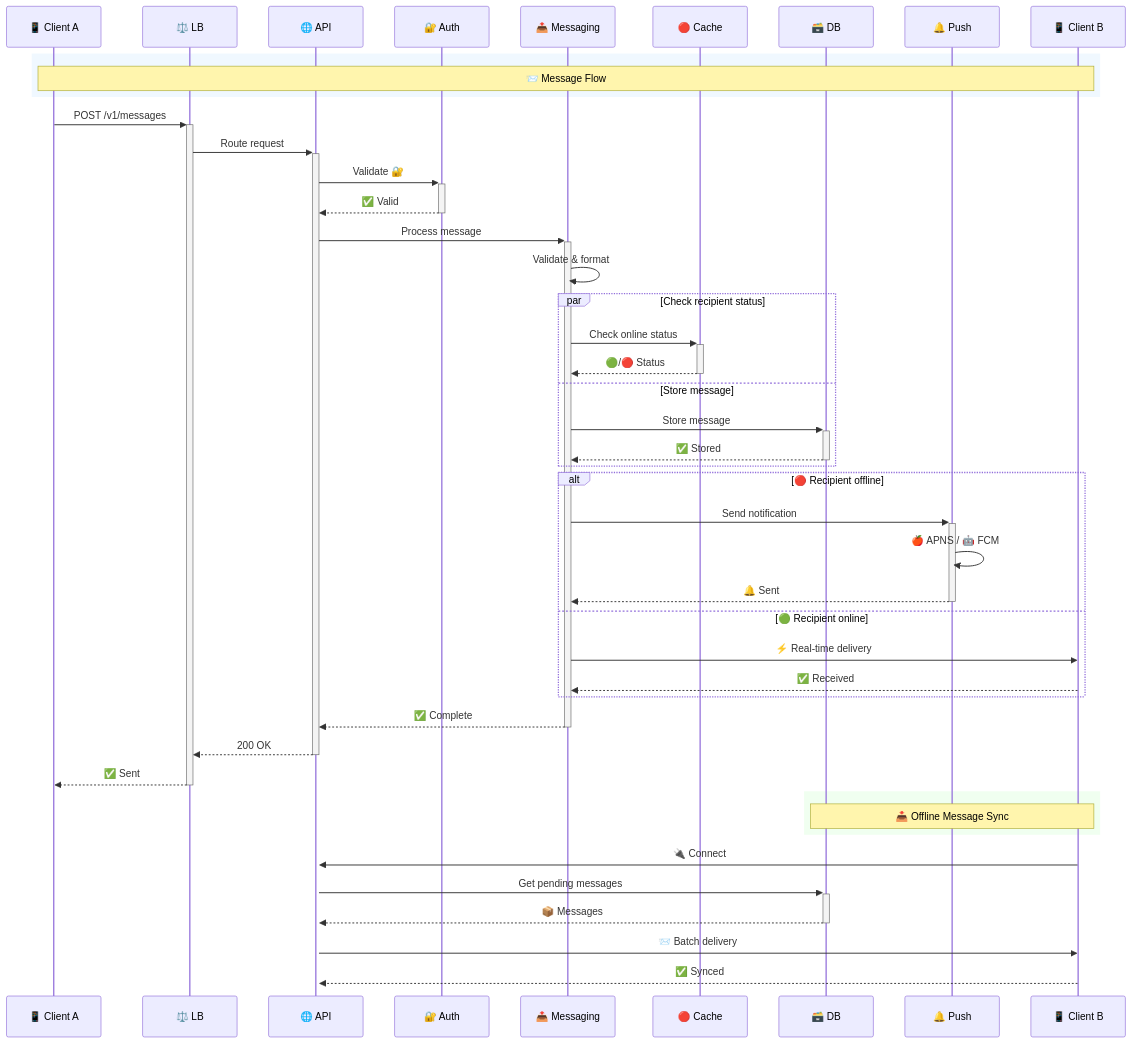
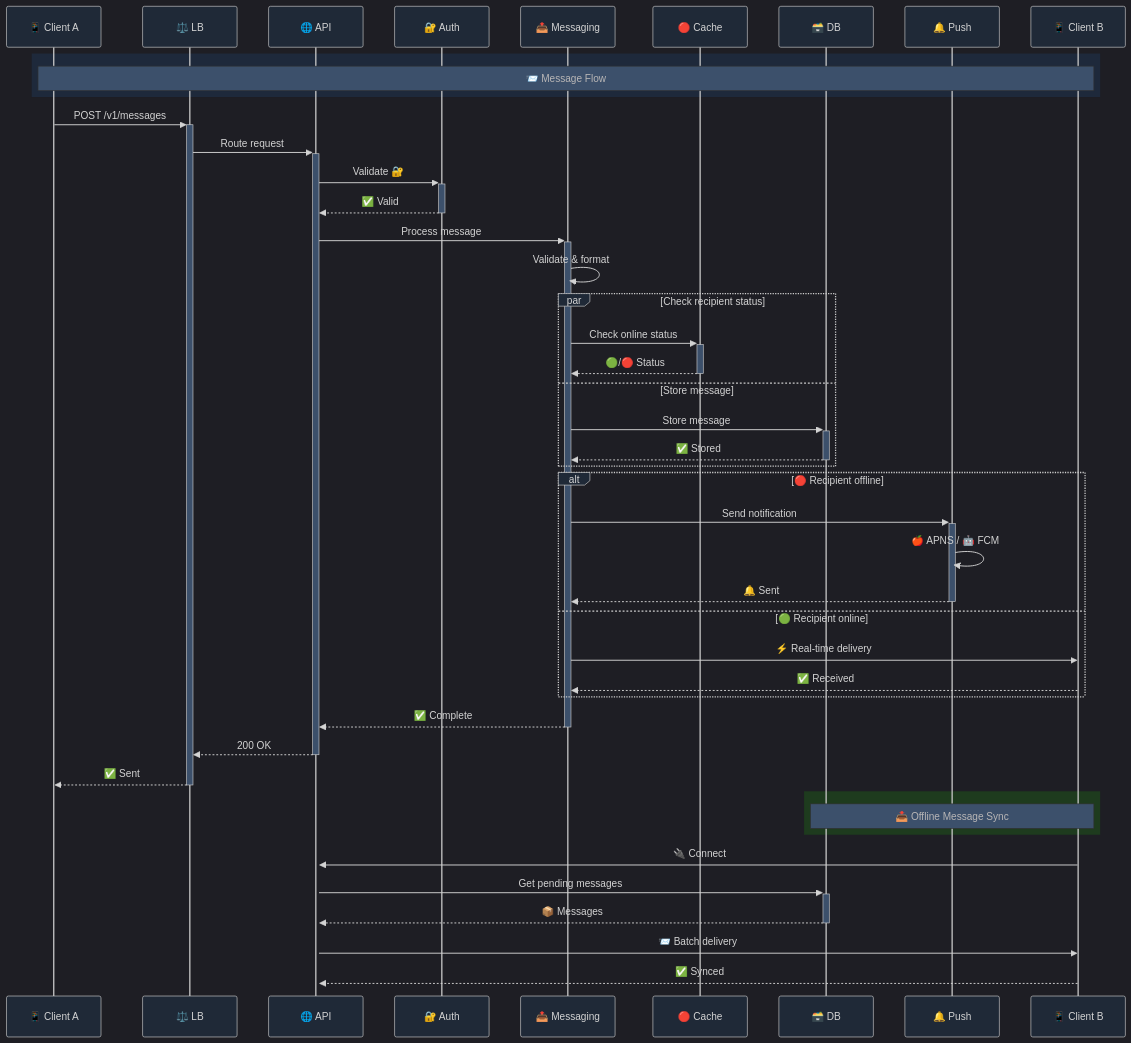
Before and after one commit to LilConsul/SE-SignalServer-Analyzation: the diagram in SystemDynamicsDiagrams/1/1_mini.mmd, drawn with Mermaid. The commit also changed 1 other file, not shown here.

Commit message:
Update sequence diagrams with new color themes for message flow and offline message sync

```diff
--- a/SystemDynamicsDiagrams/1/1_mini.mmd
+++ b/SystemDynamicsDiagrams/1/1_mini.mmd
@@ -1,53 +1,68 @@
+%%{init: {
+  'theme': 'dark',
+  'themeVariables': {
+    'primaryColor': '#1f2937',
+    'primaryTextColor': '#f9fafb',
+    'primaryBorderColor': '#374151',
+    'lineColor': '#6b7280',
+    'secondaryColor': '#374151',
+    'tertiaryColor': '#4b5563',
+    'background': '#111827',
+    'mainBkg': '#1f2937',
+    'secondBkg': '#374151',
+    'tertiaryBkg': '#4b5563'
+  }
+}}%%
 sequenceDiagram
     participant C1 as 📱 Client A
     participant LB as ⚖️ LB
     participant API as 🌐 API
     participant AUTH as 🔐 Auth
     participant MSG as 📤 Messaging
     participant CACHE as 🔴 Cache
     participant DB as 🗃️ DB
     participant PUSH as 🔔 Push
     participant C2 as 📱 Client B
 
-    rect rgb(240, 248, 255)
+    rect rgb(30, 41, 59)
         Note over C1,C2: 📨 Message Flow
     end
 
     C1->>+LB: POST /v1/messages
     LB->>+API: Route request
     API->>+AUTH: Validate 🔐
     AUTH-->>-API: ✅ Valid
 
     API->>+MSG: Process message
     MSG->>MSG: Validate & format
 
     par Check recipient status
         MSG->>+CACHE: Check online status
         CACHE-->>-MSG: 🟢/🔴 Status
     and Store message
         MSG->>+DB: Store message
         DB-->>-MSG: ✅ Stored
     end
 
     alt 🔴 Recipient offline
         MSG->>+PUSH: Send notification
         PUSH->>PUSH: 🍎 APNS / 🤖 FCM
         PUSH-->>-MSG: 🔔 Sent
     else 🟢 Recipient online
         MSG->>C2: ⚡ Real-time delivery
         C2-->>MSG: ✅ Received
     end
 
     MSG-->>-API: ✅ Complete
     API-->>-LB: 200 OK
     LB-->>-C1: ✅ Sent
 
-    rect rgb(240, 255, 240)
+    rect rgb(30, 59, 30)
         Note over C2,DB: 📥 Offline Message Sync
     end
 
     C2->>+API: 🔌 Connect
     API->>+DB: Get pending messages
     DB-->>-API: 📦 Messages
     API->>C2: 📨 Batch delivery
     C2-->>API: ✅ Synced
```
